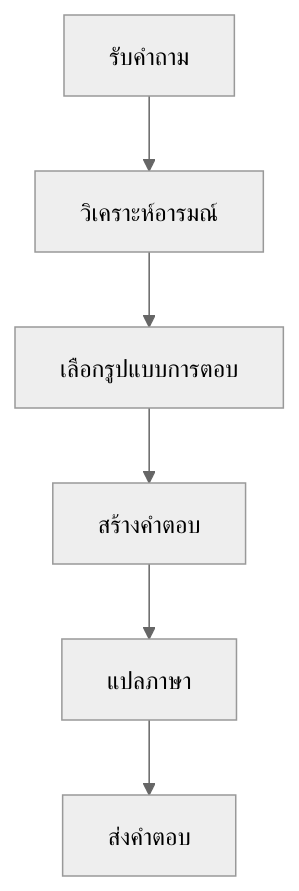
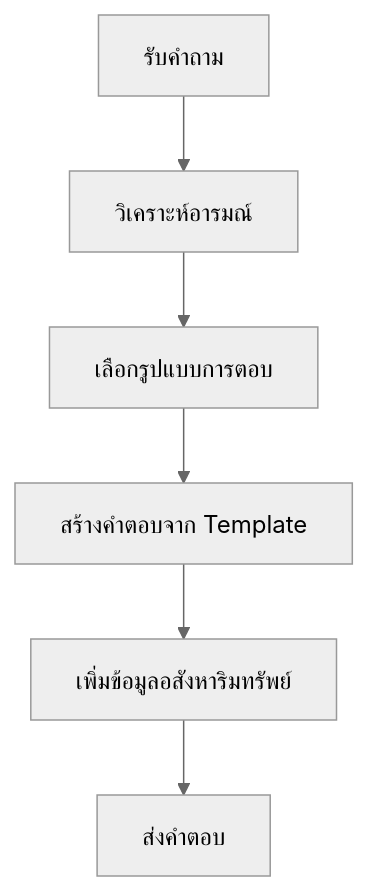
Before and after one commit to Phattarapong26/PowerAiChat_LLM: the fifth of 20 diagrams in docs/diagrams.md, drawn with Mermaid (neutral theme). The commit also changed other lines of this file, not shown here.

````diff
--- a/docs/diagrams.md
+++ b/docs/diagrams.md
@@ -88,8 +96,8 @@
 ```mermaid
 graph TD
     A[รับคำถาม] --> B[วิเคราะห์อารมณ์]
     B --> C[เลือกรูปแบบการตอบ]
-    C --> D[สร้างคำตอบ]
-    D --> E[แปลภาษา]
+    C --> D[สร้างคำตอบจาก Template]
+    D --> E[เพิ่มข้อมูลอสังหาริมทรัพย์]
     E --> F[ส่งคำตอบ]
 ```
````
